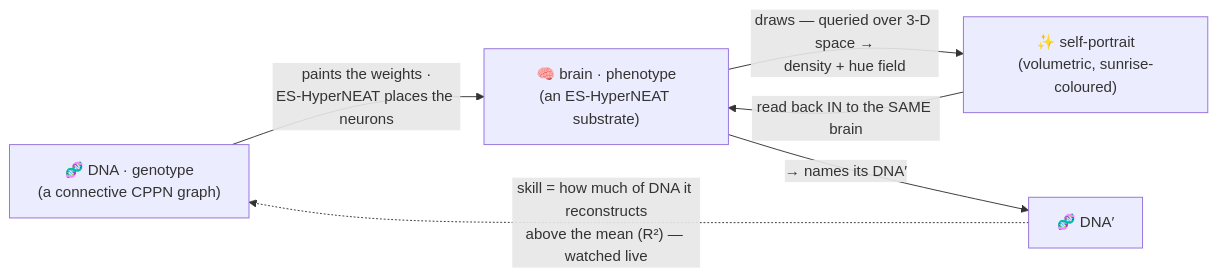
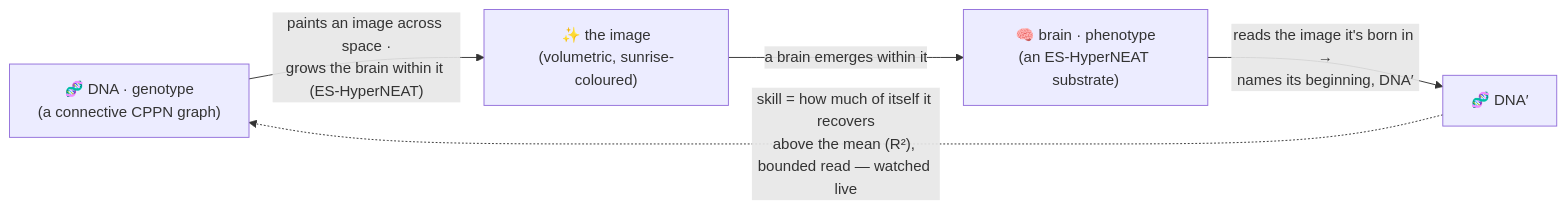
The first of 3 diagrams in VISION.md (admiralakber/autograph), drawn with Mermaid before and after one commit. The commit also changed other lines of this file and 20 other files, not shown here.

````diff
--- a/VISION.md
+++ b/VISION.md
@@ -24,8 +24,7 @@
 ```mermaid
 flowchart LR
-  DNA["🧬 DNA · genotype<br/>(a connective CPPN graph)"] -->|"paints the weights ·<br/>ES-HyperNEAT places the neurons"| PHENO["🧠 brain · phenotype<br/>(an ES-HyperNEAT substrate)"]
-  PHENO -->|"draws — queried over 3-D space →<br/>density + hue field"| ART["✨ self-portrait<br/>(volumetric, sunrise-coloured)"]
-  ART -->|"read back IN to the SAME brain"| PHENO
-  PHENO -->|"→ names its DNA′"| DNA2["🧬 DNA′"]
-  DNA2 -. "skill = how much of DNA it reconstructs<br/>above the mean (R²) — watched live" .-> DNA
+  DNA["🧬 DNA · genotype<br/>(a connective CPPN graph)"] -->|"paints an image across space ·<br/>grows the brain within it (ES-HyperNEAT)"| ART["✨ the image<br/>(volumetric, sunrise-coloured)"]
+  ART -->|"a brain emerges within it"| PHENO["🧠 brain · phenotype<br/>(an ES-HyperNEAT substrate)"]
+  PHENO -->|"reads the image it's born in →<br/>names its beginning, DNA′"| DNA2["🧬 DNA′"]
+  DNA2 -. "skill = how much of itself it recovers<br/>above the mean (R²), bounded read — watched live" .-> DNA
 ```
````
